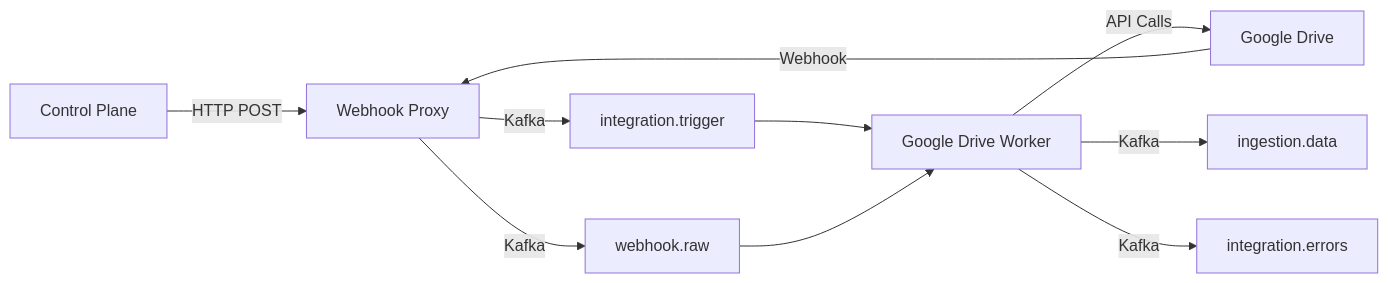
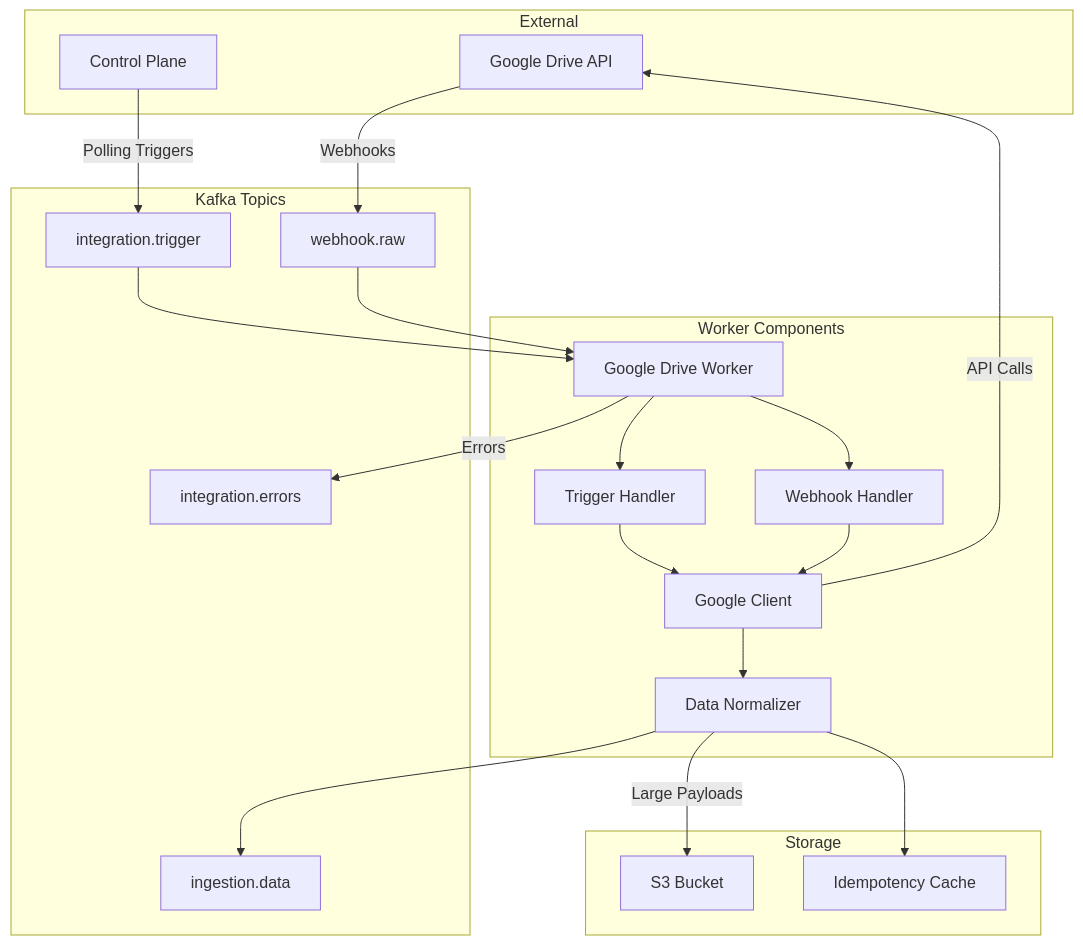
The diagram in README.md (clusterahq/clustera-integration-google-drive), drawn with Mermaid before and after one commit. The commit also changed other lines of this file and 17 other files, not shown here.

````diff
--- a/README.md
+++ b/README.md
@@ -30,12 +64,42 @@
 ```mermaid
-graph LR
-    A[Control Plane] -->|HTTP POST| B[Webhook Proxy]
-    B -->|Kafka| C[integration.trigger]
-    D[Google Drive] -->|Webhook| B
-    B -->|Kafka| E[webhook.raw]
-    C --> F[Google Drive Worker]
-    E --> F
-    F -->|API Calls| D
-    F -->|Kafka| G[ingestion.data]
-    F -->|Kafka| H[integration.errors]
+graph TB
+    subgraph "External"
+        GD[Google Drive API]
+        CP[Control Plane]
+    end
+
+    subgraph "Kafka Topics"
+        IT[integration.trigger]
+        WR[webhook.raw]
+        ID[ingestion.data]
+        IE[integration.errors]
+    end
+
+    subgraph "Worker Components"
+        W[Google Drive Worker]
+        TH[Trigger Handler]
+        WH[Webhook Handler]
+        GC[Google Client]
+        DN[Data Normalizer]
+    end
+
+    subgraph "Storage"
+        S3[S3 Bucket]
+        IC[Idempotency Cache]
+    end
+
+    CP -->|Polling Triggers| IT
+    GD -->|Webhooks| WR
+    IT --> W
+    WR --> W
+    W --> TH
+    W --> WH
+    TH --> GC
+    WH --> GC
+    GC -->|API Calls| GD
+    GC --> DN
+    DN -->|Large Payloads| S3
+    DN --> IC
+    DN --> ID
+    W -->|Errors| IE
 ```
````
